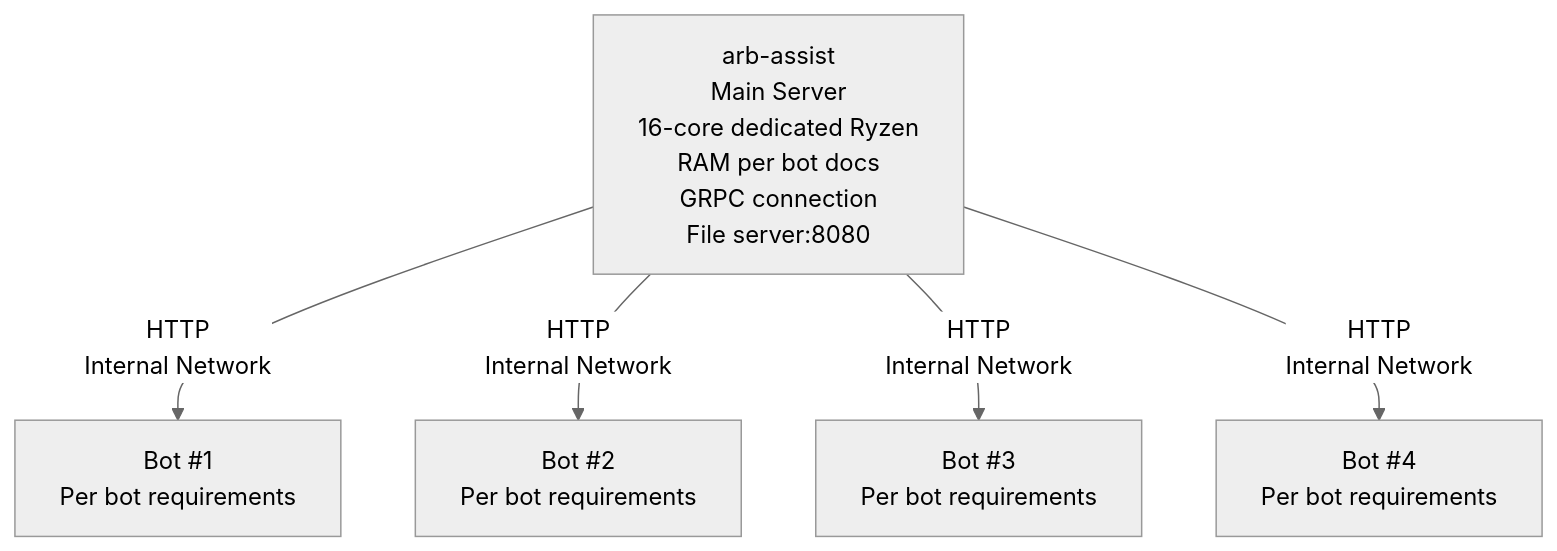
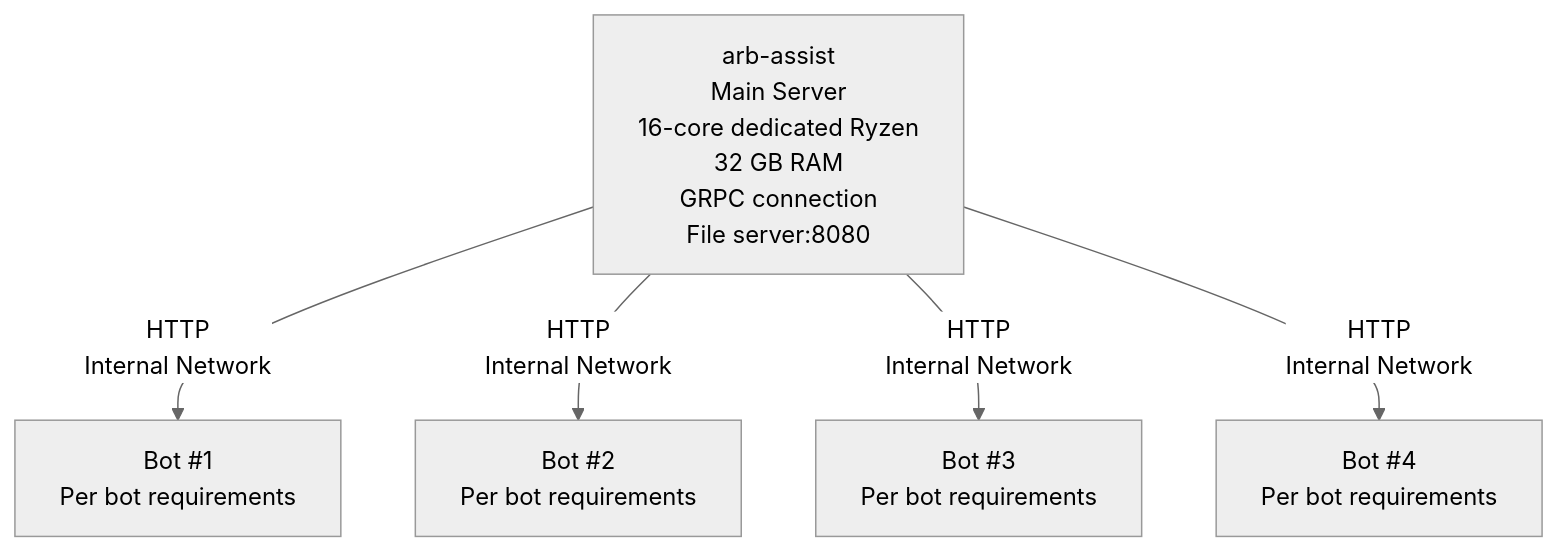
Before and after one commit to capicua4454/arb-assist: the diagram in docs/advanced-features/file-server.md, drawn with Mermaid (neutral theme). The commit also changed 3 other files, not shown here.

````diff
--- a/docs/advanced-features/file-server.md
+++ b/docs/advanced-features/file-server.md
@@ -215,8 +215,8 @@
 ```mermaid
 graph TD
-    A[arb-assist<br/>Main Server<br/>16-core dedicated Ryzen<br/>RAM per bot docs<br/>GRPC connection<br/>File server:8080]
+    A[arb-assist<br/>Main Server<br/>16-core dedicated Ryzen<br/>32 GB RAM<br/>GRPC connection<br/>File server:8080]
     A -->|HTTP<br/>Internal Network| B[Bot #1<br/>Per bot requirements]
     A -->|HTTP<br/>Internal Network| C[Bot #2<br/>Per bot requirements]
     A -->|HTTP<br/>Internal Network| D[Bot #3<br/>Per bot requirements]
     A -->|HTTP<br/>Internal Network| E[Bot #4<br/>Per bot requirements]
 ```
````
